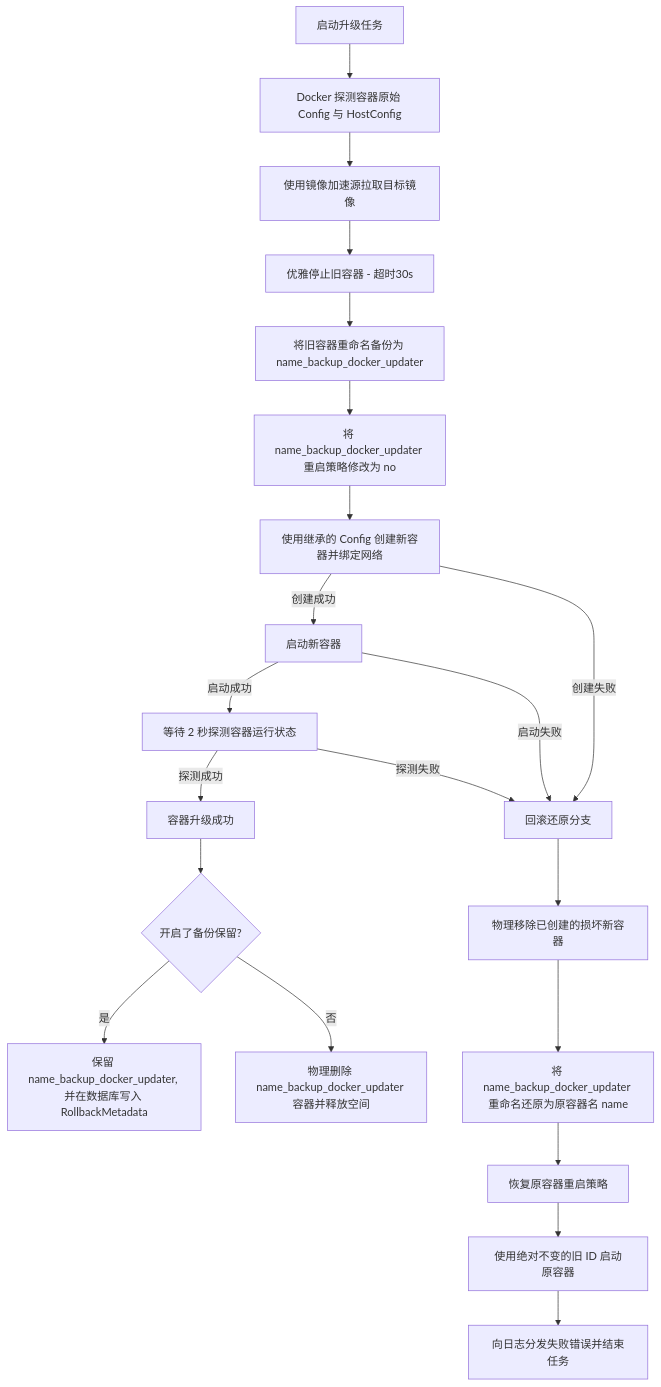
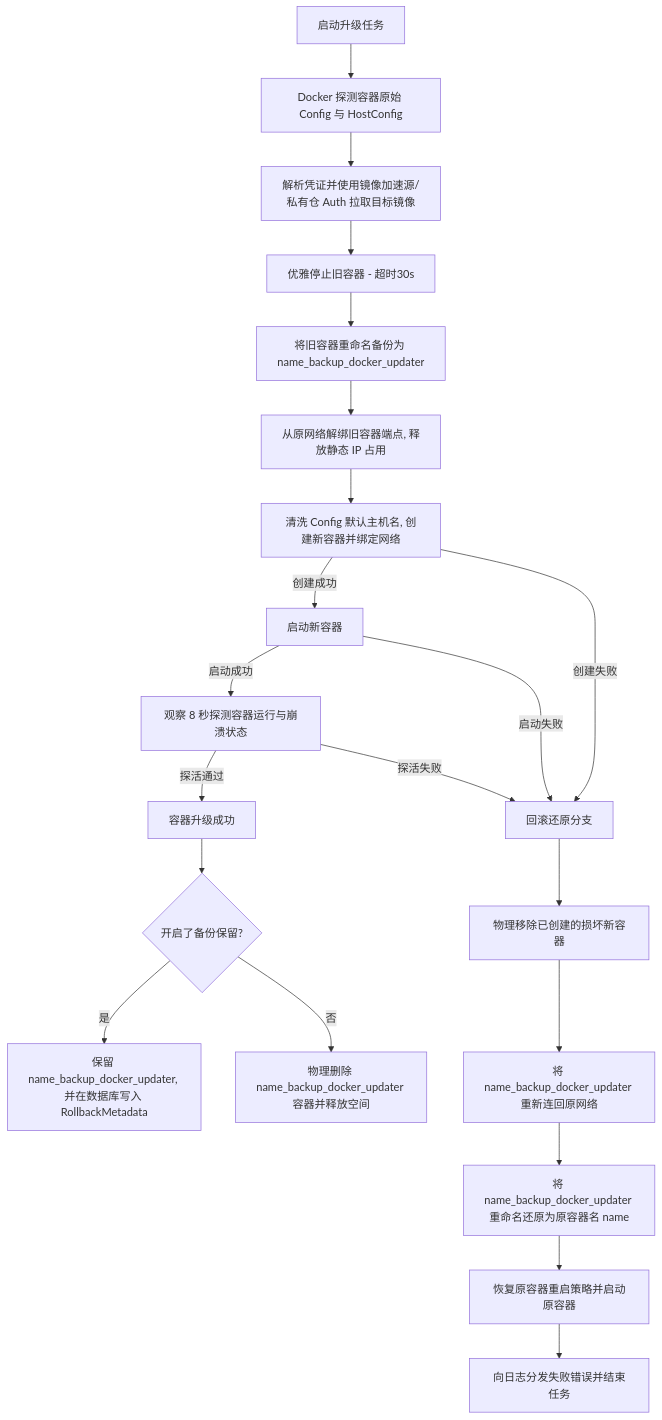
Before and after one commit to yuexps/docker.updater: the first of 2 diagrams in docs/specification.md, drawn with Mermaid. The commit also changed other lines of this file and 22 other files, not shown here.

````diff
--- a/docs/specification.md
+++ b/docs/specification.md
@@ -156,24 +168,24 @@
 ```mermaid
 graph TD
     A[启动升级任务] --> B[Docker 探测容器原始 Config 与 HostConfig]
-    B --> C[使用镜像加速源拉取目标镜像]
+    B --> C[解析凭证并使用镜像加速源/私有仓 Auth 拉取目标镜像]
     C --> D[优雅停止旧容器 - 超时30s]
     D --> E[将旧容器重命名备份为 name_backup_docker_updater]
-    E --> F[将 name_backup_docker_updater 重启策略修改为 no]
-    F --> G[使用继承的 Config 创建新容器并绑定网络]
+    E --> F[从原网络解绑旧容器端点, 释放静态 IP 占用]
+    F --> G[清洗 Config 默认主机名, 创建新容器并绑定网络]
     G -->|创建成功| H[启动新容器]
     G -->|创建失败| R[回滚还原分支]
-    H -->|启动成功| I[等待 2 秒探测容器运行状态]
+    H -->|启动成功| I[观察 8 秒探测容器运行与崩溃状态]
     H -->|启动失败| R
-    I -->|探测成功| J[容器升级成功]
-    I -->|探测失败| R
+    I -->|探活通过| J[容器升级成功]
+    I -->|探活失败| R
     J --> K{开启了备份保留?}
     K -->|是| L[保留 name_backup_docker_updater, 并在数据库写入 RollbackMetadata]
     K -->|否| M[物理删除 name_backup_docker_updater 容器并释放空间]
     
     R[回滚还原分支] --> S[物理移除已创建的损坏新容器]
-    S --> T[将 name_backup_docker_updater 重命名还原为原容器名 name]
-    T --> U[恢复原容器重启策略]
-    U --> V[使用绝对不变的旧 ID 启动原容器]
+    S --> T[将 name_backup_docker_updater 重新连回原网络]
+    T --> U[将 name_backup_docker_updater 重命名还原为原容器名 name]
+    U --> V[恢复原容器重启策略并启动原容器]
     V --> W[向日志分发失败错误并结束任务]
 ```
````
